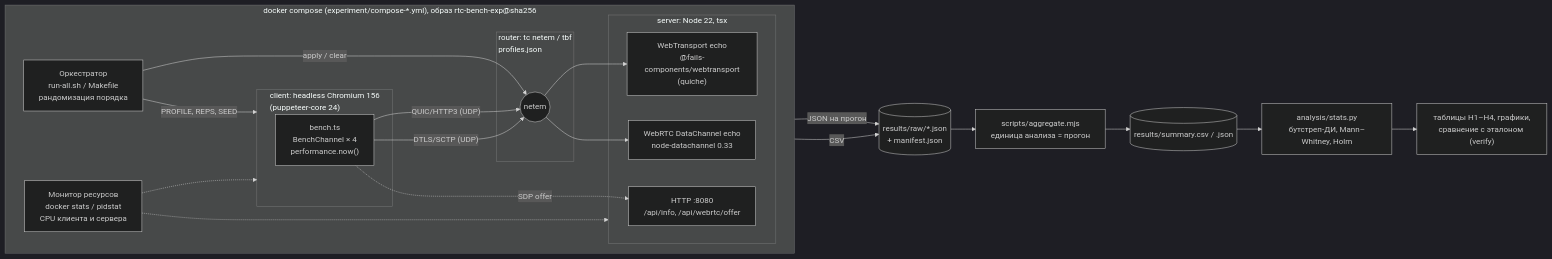
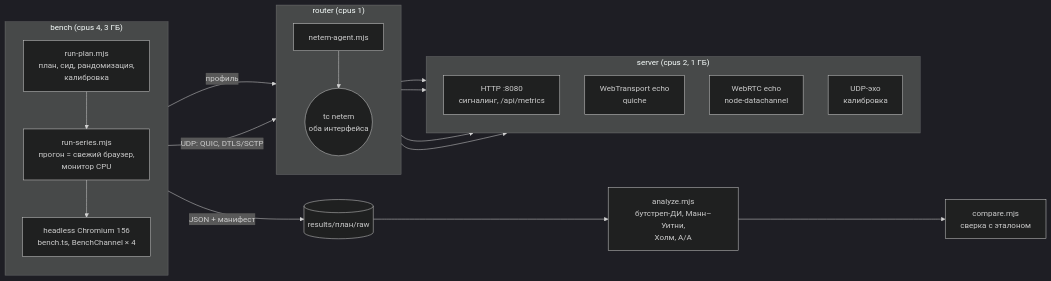
One commit to HeavenlyGandalf/rtc-benchmark changed the diagram in experiment/architecture.mmd. Above: the diagram before and after it, drawn with Mermaid (dark theme). The commit also changed 30 other files, not shown here.

First line of the commit message:
Make the experiment stand reproducible end to end

```diff
--- a/experiment/architecture.mmd
+++ b/experiment/architecture.mmd
@@ -1,38 +1,36 @@
 %% Архитектура экспериментального стенда rtc-benchmark (ПР-3, раздел 5.1).
-%% Целевая схема: эмуляция сети вынесена в отдельный контейнер-маршрутизатор,
-%% чтобы потери и задержка не вносились на конечных узлах (см. Kakhki et al., IMC'17).
-%% Рендер: https://mermaid.live или любой просмотрщик Markdown с Mermaid.
+%% Топология experiment/compose-router.yml: эмуляция сети вынесена в отдельный
+%% контейнер-маршрутизатор, чтобы потери и задержка не вносились на конечных
+%% узлах (см. Kakhki et al., IMC'17). Рендер: https://mermaid.live или любой
+%% просмотрщик Markdown с поддержкой Mermaid.
 flowchart LR
-  subgraph Stand["docker compose (experiment/compose-*.yml), образ rtc-bench-exp@sha256"]
-    direction LR
-    ORCH["Оркестратор<br/>run-all.sh / Makefile<br/>рандомизация порядка"]
-    subgraph Client["client: headless Chromium 156<br/>(puppeteer-core 24)"]
-      BENCH["bench.ts<br/>BenchChannel × 4<br/>performance.now()"]
-    end
-    subgraph Router["router: tc netem / tbf<br/>profiles.json"]
-      NETEM(("netem"))
-    end
-    subgraph Server["server: Node 22, tsx"]
-      SIG["HTTP :8080<br/>/api/info, /api/webrtc/offer"]
-      WT["WebTransport echo<br/>@fails-components/webtransport<br/>(quiche)"]
-      RTC["WebRTC DataChannel echo<br/>node-datachannel 0.33"]
-    end
-    MON["Монитор ресурсов<br/>docker stats / pidstat<br/>CPU клиента и сервера"]
+  subgraph Bench["bench (cpus 4, 3 ГБ)"]
+    direction TB
+    ORCH["run-plan.mjs<br/>план, сид, рандомизация,<br/>калибровка"]
+    SERIES["run-series.mjs<br/>прогон = свежий браузер,<br/>монитор CPU"]
+    CHR["headless Chromium 156<br/>bench.ts, BenchChannel × 4"]
+    ORCH --> SERIES --> CHR
   end
-
-  ORCH -->|"PROFILE, REPS, SEED"| Client
-  ORCH -->|"apply / clear"| NETEM
-  BENCH -->|"QUIC/HTTP3 (UDP)"| NETEM
-  BENCH -->|"DTLS/SCTP (UDP)"| NETEM
+  subgraph Router["router (cpus 1)"]
+    direction TB
+    AGENT["netem-agent.mjs"]
+    NETEM(("tc netem<br/>оба интерфейса"))
+    AGENT --> NETEM
+  end
+  subgraph Server["server (cpus 2, 1 ГБ)"]
+    direction TB
+    SIG["HTTP :8080<br/>сигналинг, /api/metrics"]
+    WT["WebTransport echo<br/>quiche"]
+    RTC["WebRTC echo<br/>node-datachannel"]
+    UDP["UDP-эхо<br/>калибровка"]
+  end
+  ORCH -->|"профиль"| AGENT
+  CHR -->|"UDP: QUIC, DTLS/SCTP"| NETEM
+  NETEM --> SIG
   NETEM --> WT
   NETEM --> RTC
-  BENCH -.->|"SDP offer"| SIG
-  MON -.-> Client
-  MON -.-> Server
+  NETEM --> UDP
 
-  BENCH -->|"JSON на прогон"| RAW[("results/raw/*.json<br/>+ manifest.json")]
-  MON -->|"CSV"| RAW
-  RAW --> AGG["scripts/aggregate.mjs<br/>единица анализа = прогон"]
-  AGG --> SUM[("results/summary.csv / .json")]
-  SUM --> AN["analysis/stats.py<br/>бутстреп-ДИ, Mann–Whitney, Holm"]
-  AN --> REP["таблицы H1–H4, графики,<br/>сравнение с эталоном (verify)"]
+  SERIES -->|"JSON + манифест"| RAW[("results/план/raw")]
+  RAW --> AN["analyze.mjs<br/>бутстреп-ДИ, Манн–Уитни,<br/>Холм, A/A"]
+  AN --> CMP["compare.mjs<br/>сверка с эталоном"]
```
